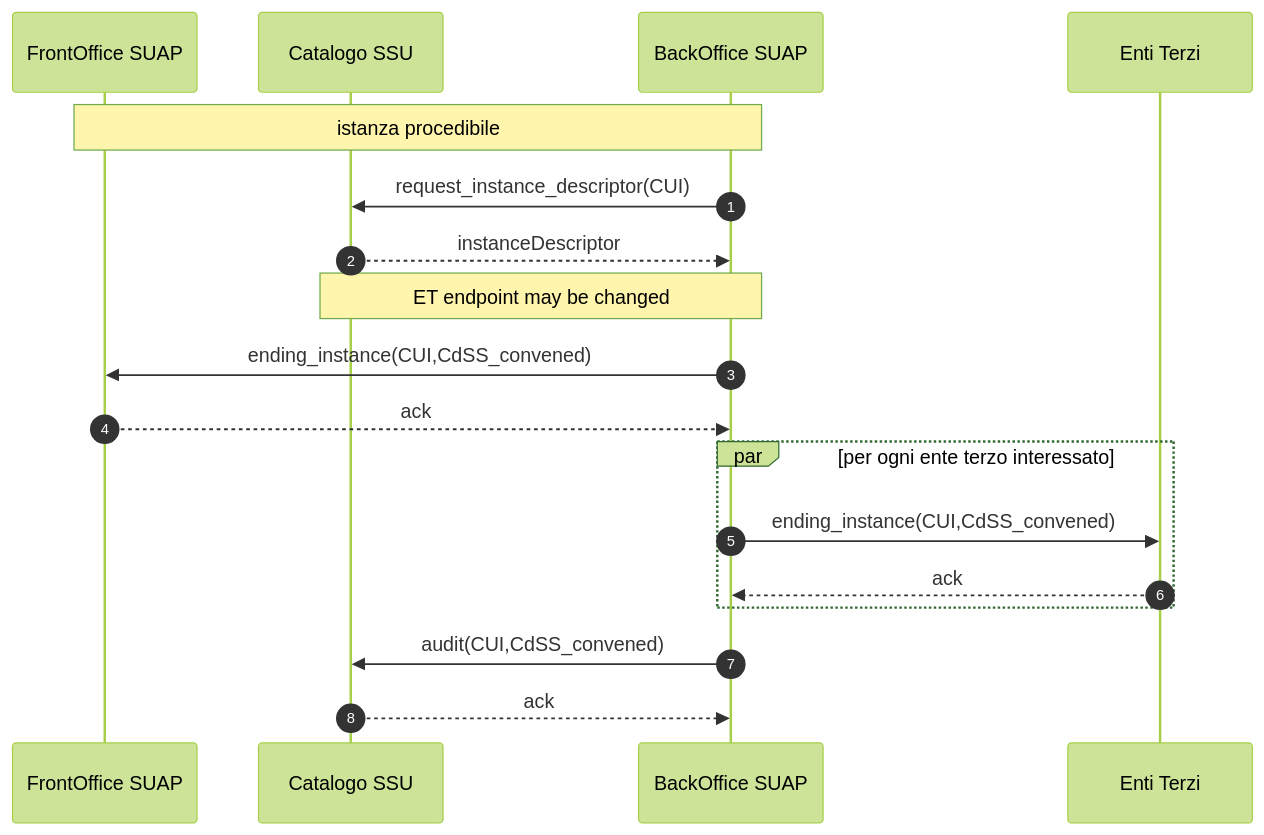
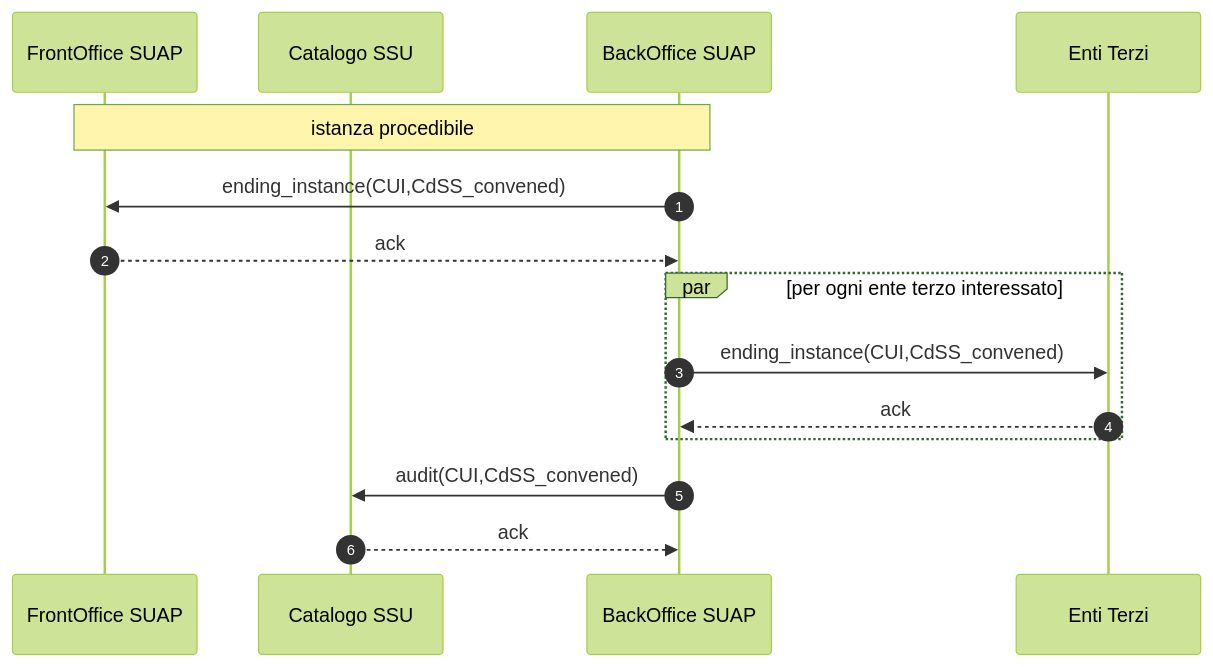
The diagram in to_interoperabilita/sequence-diagram/DomandaAutorizzazione-001.mermaid (AgID/suap-gt-specifiche), drawn with Mermaid (forest theme) before and after one commit. The commit also changed 22 other files, not shown here.

Commit message:
remove req instance descriptor before sending to ET

```diff
--- a/to_interoperabilita/sequence-diagram/DomandaAutorizzazione-001.mermaid
+++ b/to_interoperabilita/sequence-diagram/DomandaAutorizzazione-001.mermaid
@@ -1,24 +1,22 @@
 sequenceDiagram
     autonumber
   
     participant F as FrontOffice SUAP
     participant C as Catalogo SSU    
     participant B as BackOffice SUAP    
     participant E as Enti Terzi    
  
     Note over F,B: istanza procedibile
-    B ->> C: request_instance_descriptor(CUI)
-    C -->> B: instanceDescriptor
-    Note over C,B: ET endpoint may be changed
+
 
             
     B ->> F: ending_instance(CUI,CdSS_convened)
     F -->> B: ack    
 
     par per ogni ente terzo interessato
         B ->> E: ending_instance(CUI,CdSS_convened)
         E -->> B: ack
     end
     
     B ->> C: audit(CUI,CdSS_convened)
     C -->> B: ack
```
